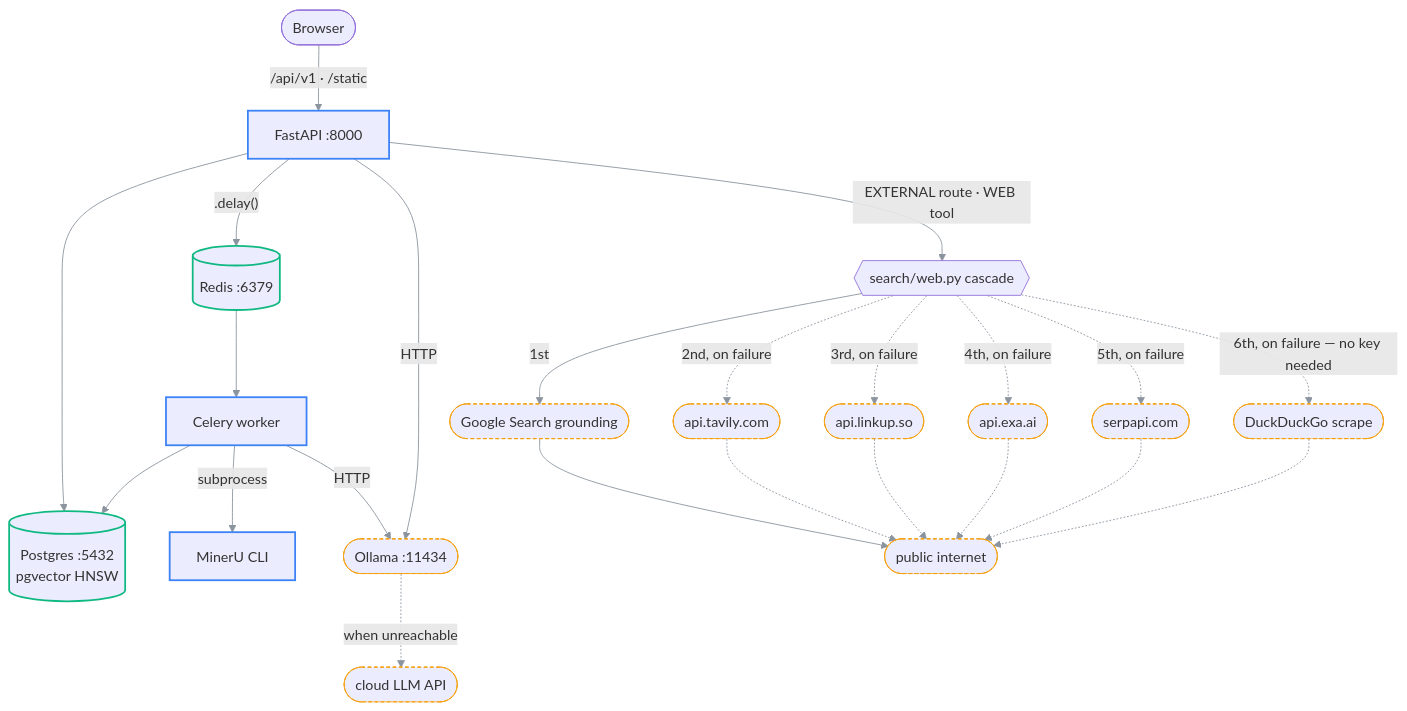
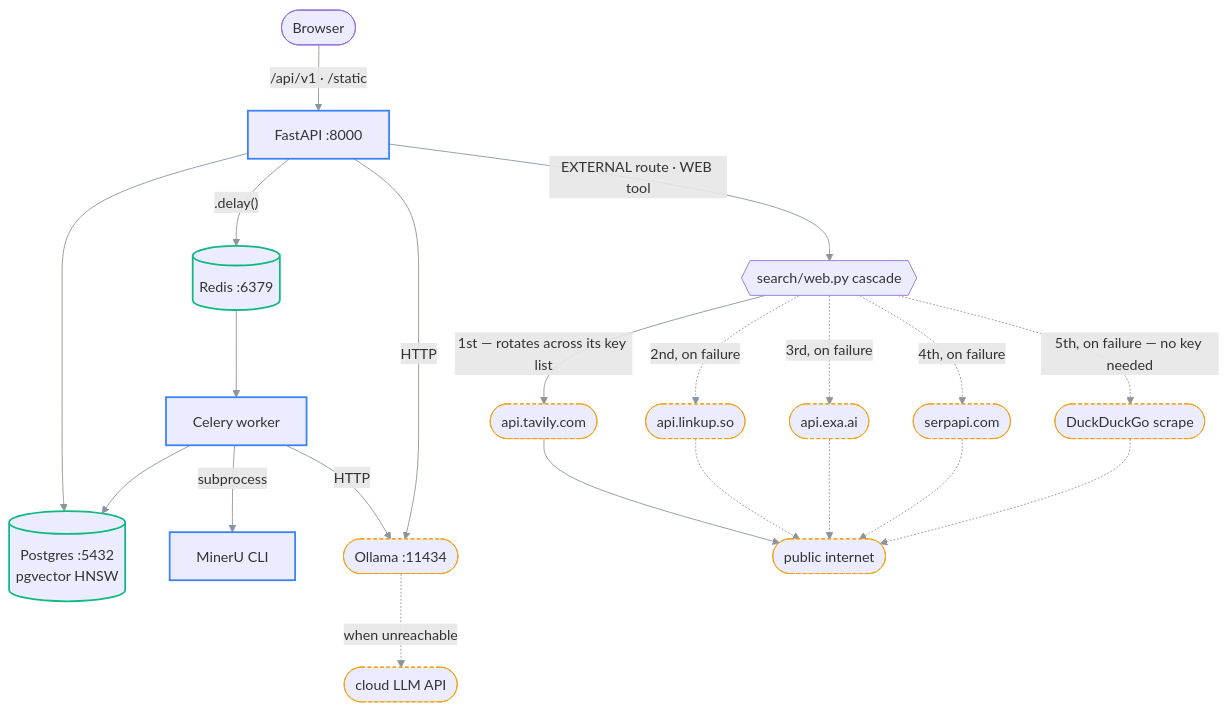
The diagram in docs/01-orientation/runtime-topology.md (Khaled-Saleh-KL1/9XAIPal), drawn with Mermaid before and after one commit. The commit also changed other lines of this file and 24 other files, not shown here.

````diff
--- a/docs/01-orientation/runtime-topology.md
+++ b/docs/01-orientation/runtime-topology.md
@@ -93,33 +93,31 @@
 ```mermaid
 %%{init: {'themeVariables': {'fontFamily': 'ui-monospace, SFMono-Regular, Menlo, monospace', 'lineColor': '#8b949e'}}}%%
 flowchart TD
     B([Browser]) -->|"/api/v1 · /static"| API[FastAPI :8000]
     API --> PG[(Postgres :5432<br/>pgvector HNSW)]
     API -->|".delay()"| RD[(Redis :6379)]
     RD --> W[Celery worker]
     W --> PG
     W -->|subprocess| MU[MinerU CLI]
     W -->|HTTP| OL([Ollama :11434])
     API -->|HTTP| OL
     API -->|"EXTERNAL route · WEB tool"| SX{{"search/web.py cascade"}}
-    SX -->|"1st"| GG([Google Search grounding])
-    SX -.->|"2nd, on failure"| TV([api.tavily.com])
-    SX -.->|"3rd, on failure"| LK([api.linkup.so])
-    SX -.->|"4th, on failure"| EX([api.exa.ai])
-    SX -.->|"5th, on failure"| SP([serpapi.com])
-    SX -.->|"6th, on failure — no key needed"| DDG([DuckDuckGo scrape])
+    SX -->|"1st — rotates across its key list"| TV([api.tavily.com])
+    SX -.->|"2nd, on failure"| LK([api.linkup.so])
+    SX -.->|"3rd, on failure"| EX([api.exa.ai])
+    SX -.->|"4th, on failure"| SP([serpapi.com])
+    SX -.->|"5th, on failure — no key needed"| DDG([DuckDuckGo scrape])
     OL -.->|"when unreachable"| CLOUD([cloud LLM API])
-    GG --> NET([public internet])
-    TV -.-> NET
+    TV --> NET([public internet])
     LK -.-> NET
     EX -.-> NET
     SP -.-> NET
     DDG -.-> NET
 
     classDef owned stroke:#3b82f6,stroke-width:2px
     classDef store stroke:#10b981,stroke-width:2px
     classDef ext stroke:#f59e0b,stroke-dasharray:4 3
     class API,W,MU owned
     class PG,RD store
-    class OL,GG,TV,LK,EX,SP,DDG,CLOUD,NET ext
+    class OL,TV,LK,EX,SP,DDG,CLOUD,NET ext
 ```
````
